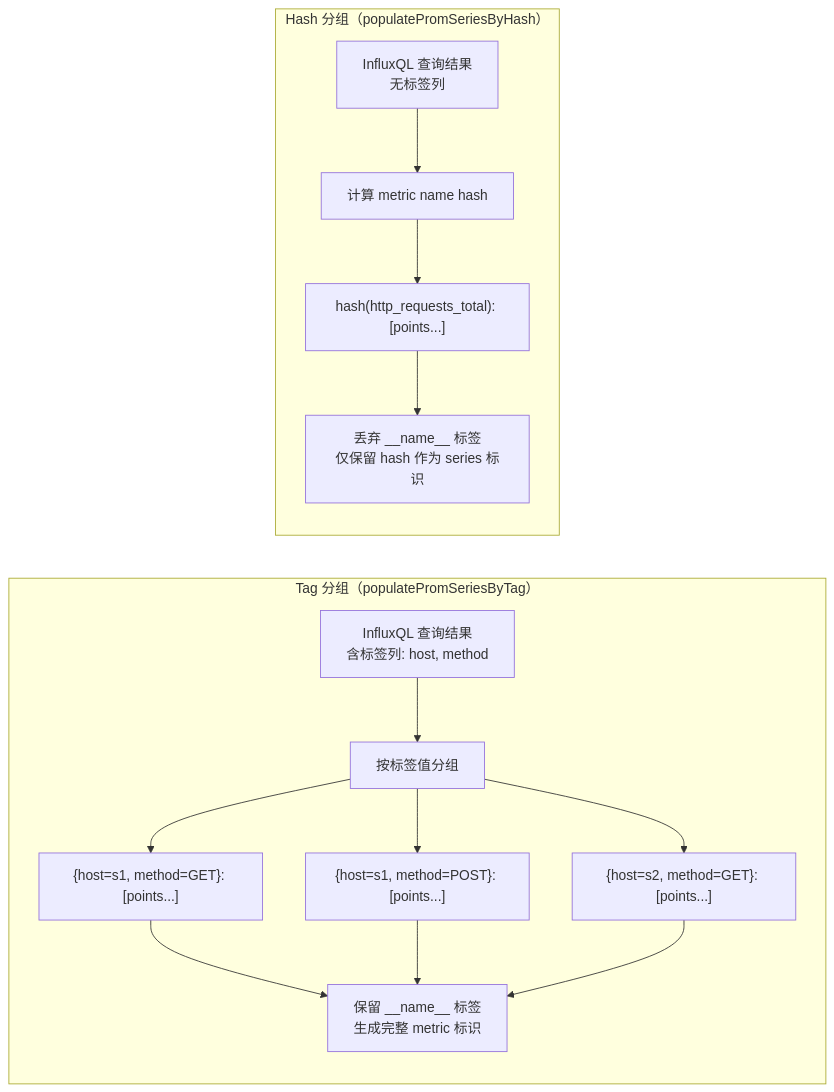
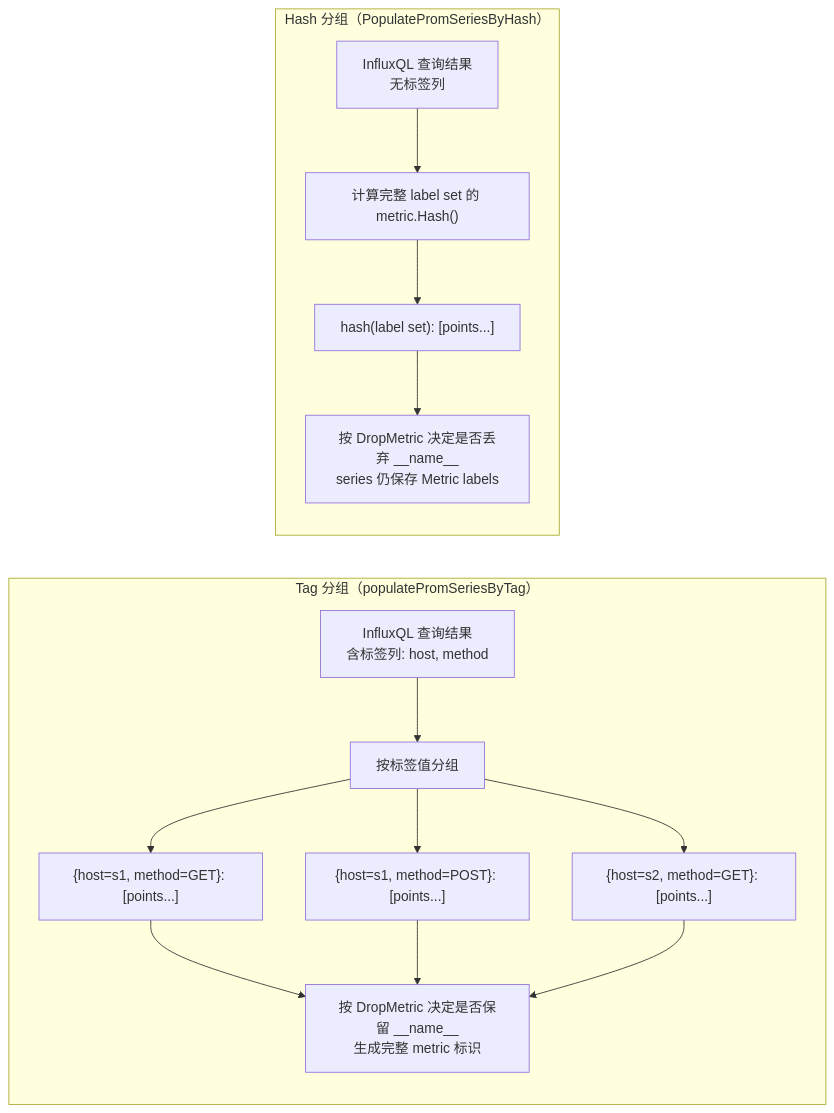
One commit to stefanv5/openGemini changed diagram 14 of 17 in docs/specs/08_promql_compatibility_spec.md. Above: the diagram before and after it, drawn with Mermaid. The commit also changed other lines of this file and 37 other files, not shown here.

````diff
--- a/docs/specs/08_promql_compatibility_spec.md
+++ b/docs/specs/08_promql_compatibility_spec.md
@@ -2433,18 +2590,18 @@
 ```mermaid
 graph LR
     subgraph "Tag 分组（populatePromSeriesByTag）"
         T1["InfluxQL 查询结果<br/>含标签列: host, method"] --> T2["按标签值分组"]
         T2 --> T3["{host=s1, method=GET}: [points...]"]
         T2 --> T4["{host=s1, method=POST}: [points...]"]
         T2 --> T5["{host=s2, method=GET}: [points...]"]
-        T3 --> T6["保留 __name__ 标签<br/>生成完整 metric 标识"]
+        T3 --> T6["按 DropMetric 决定是否保留 __name__<br/>生成完整 metric 标识"]
         T4 --> T6
         T5 --> T6
     end
 
-    subgraph "Hash 分组（populatePromSeriesByHash）"
-        H1["InfluxQL 查询结果<br/>无标签列"] --> H2["计算 metric name hash"]
-        H2 --> H3["hash(http_requests_total): [points...]"]
-        H3 --> H4["丢弃 __name__ 标签<br/>仅保留 hash 作为 series 标识"]
+    subgraph "Hash 分组（PopulatePromSeriesByHash）"
+        H1["InfluxQL 查询结果<br/>无标签列"] --> H2["计算完整 label set 的 metric.Hash()"]
+        H2 --> H3["hash(label set): [points...]"]
+        H3 --> H4["按 DropMetric 决定是否丢弃 __name__<br/>series 仍保存 Metric labels"]
     end
 ```
````
